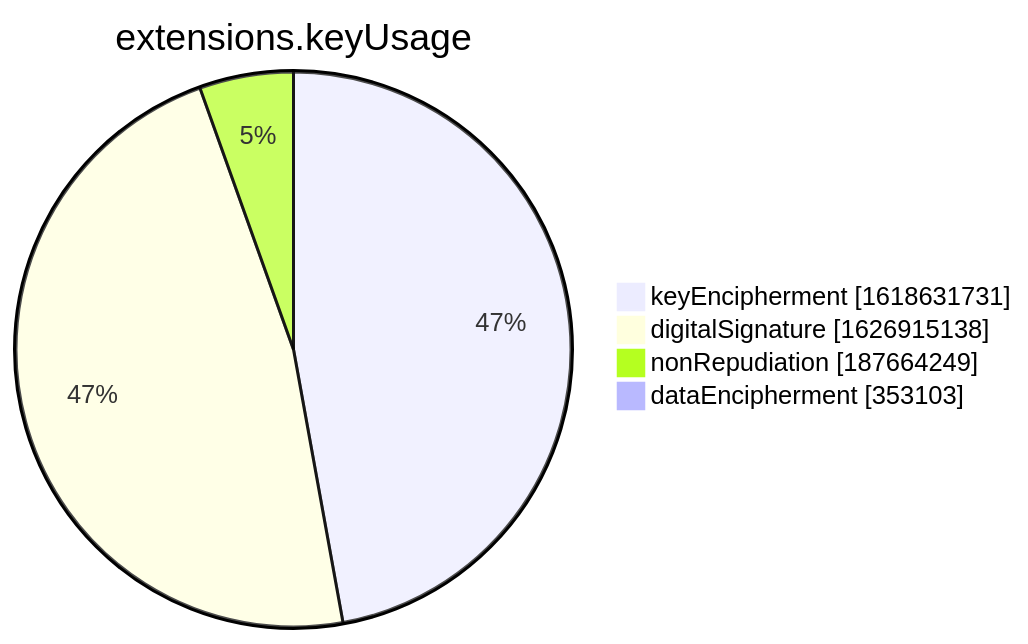
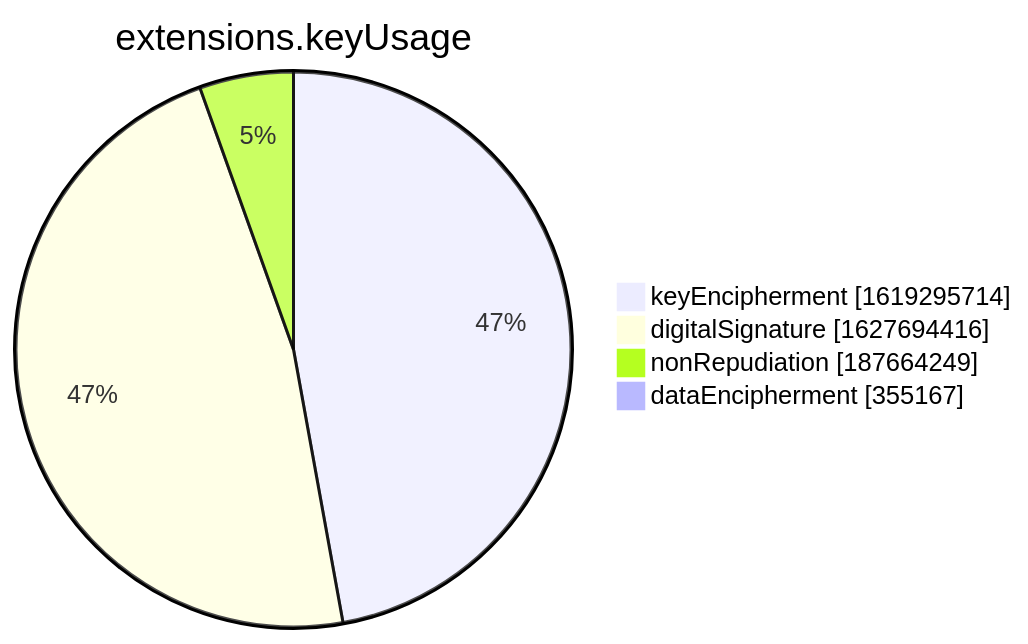
One commit to christiankrug/ctmonitor_visualization changed the seventh of 15 diagrams in xenon2022/README.md. Above: the diagram before and after it, drawn with Mermaid. The commit also changed other lines of this file, not shown here.

````diff
--- a/xenon2022/README.md
+++ b/xenon2022/README.md
@@ -2855,8 +2855,8 @@
 ```mermaid
 pie showData
 title extensions.keyUsage
-"keyEncipherment" :1618631731
-"digitalSignature" :1626915138
+"keyEncipherment" :1619295714
+"digitalSignature" :1627694416
 "nonRepudiation" :187664249
-"dataEncipherment" :353103
+"dataEncipherment" :355167
 ```
````
